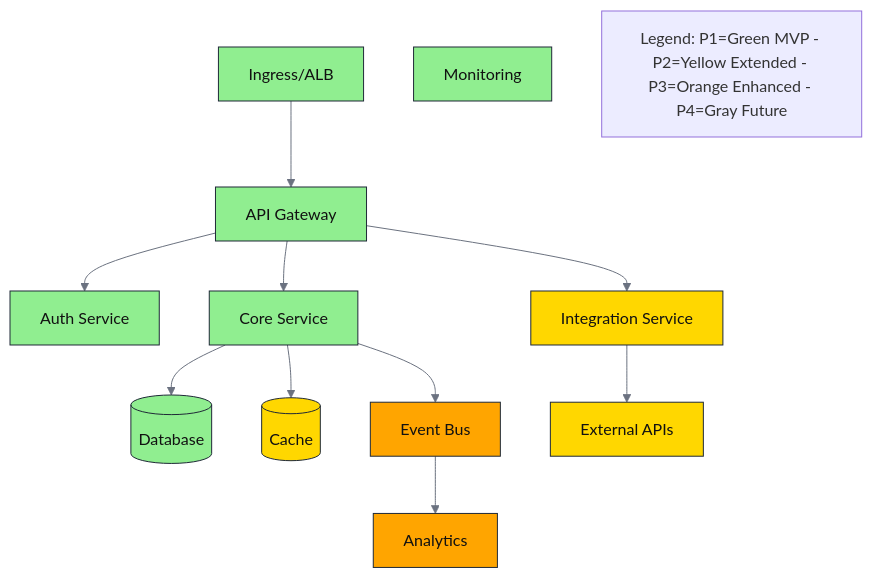
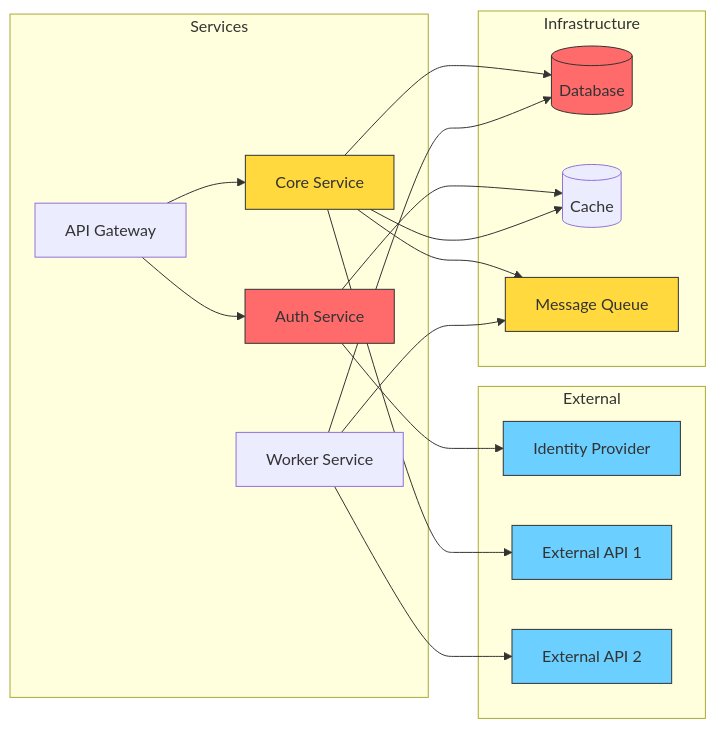
Before and after one commit to veerabhadra-ponna/spec-kit-smart: the sixth of 15 diagrams in templates/analyze/technical-spec-template.md, drawn with Mermaid. The commit also changed other lines of this file and 27 other files, not shown here.

````diff
--- a/templates/analyze/technical-spec-template.md
+++ b/templates/analyze/technical-spec-template.md
@@ -152,23 +224,41 @@
 ```mermaid
-%%{init: { "themeVariables": { "fontFamily":"Inter","lineColor":"#6b7280","primaryTextColor":"#111827"}}}%%
-graph TB
-  classDef P1 fill:#90EE90,stroke:#1f2937,color:#111;
-  classDef P2 fill:#FFD700,stroke:#1f2937,color:#111;
-  classDef P3 fill:#FFA500,stroke:#1f2937,color:#111;
-  classDef P4 fill:#D3D3D3,stroke:#1f2937,color:#111;
+graph LR
+    subgraph External
+        IDP[Identity Provider]
+        EXT1[External API 1]
+        EXT2[External API 2]
+    end
 
-  %% Example for Kubernetes deployment (adapt based on user choice):
-  INGRESS[Ingress/ALB]:::P1 --> API[API Gateway]:::P1
-  API --> AUTH[Auth Service]:::P1
-  API --> CORE[Core Service]:::P1
-  CORE --> DB[(Database)]:::P1
-  CORE --> CACHE[(Cache)]:::P2
-  API --> INTEG[Integration Service]:::P2
-  INTEG --> EXT[External APIs]:::P2
-  CORE --> EVENTS[Event Bus]:::P3
-  EVENTS --> ANALYTICS[Analytics]:::P3
-  MON[Monitoring]:::P1
+    subgraph Infrastructure
+        DB[(Database)]
+        CACHE[(Cache)]
+        MQ[Message Queue]
+    end
 
-  %% Legend
-  LEGEND[Legend: P1=Green MVP - P2=Yellow Extended - P3=Orange Enhanced - P4=Gray Future]
+    subgraph Services
+        GW[API Gateway]
+        AUTH[Auth Service]
+        CORE[Core Service]
+        WORKER[Worker Service]
+    end
+
+    GW --> AUTH
+    GW --> CORE
+    AUTH --> IDP
+    AUTH --> CACHE
+    CORE --> DB
+    CORE --> CACHE
+    CORE --> MQ
+    CORE --> EXT1
+    WORKER --> MQ
+    WORKER --> DB
+    WORKER --> EXT2
+
+    classDef critical fill:#ff6b6b,stroke:#333
+    classDef high fill:#ffd93d,stroke:#333
+    classDef external fill:#6bcfff,stroke:#333
+
+    class DB,AUTH critical
+    class CORE,MQ high
+    class IDP,EXT1,EXT2 external
 ```
````
